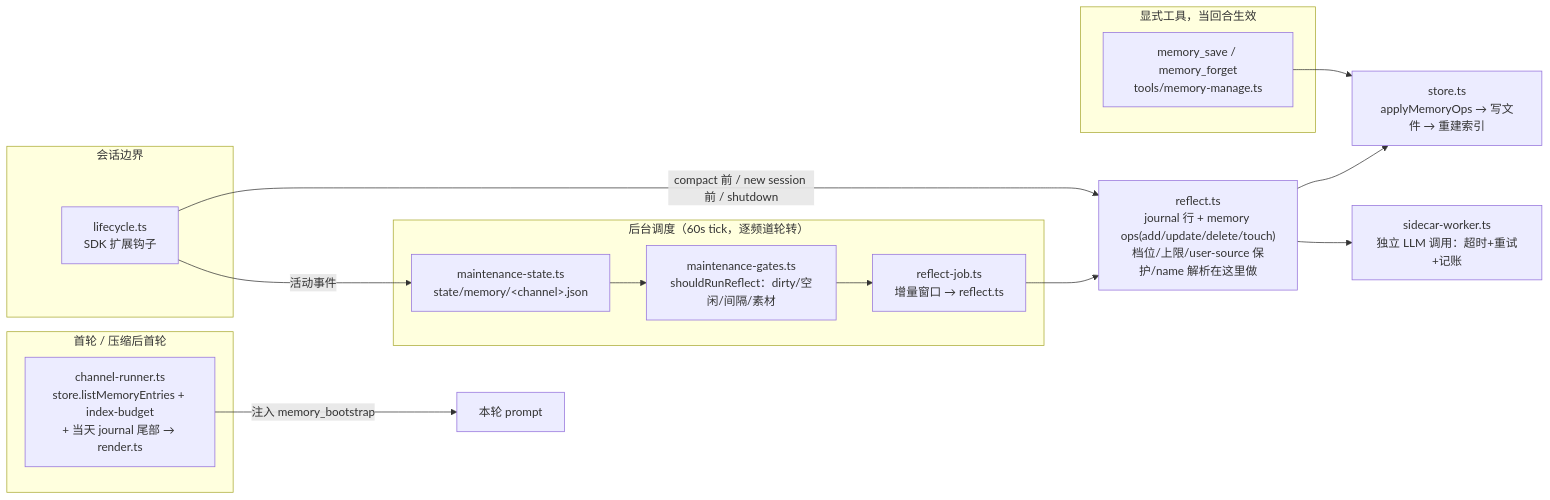
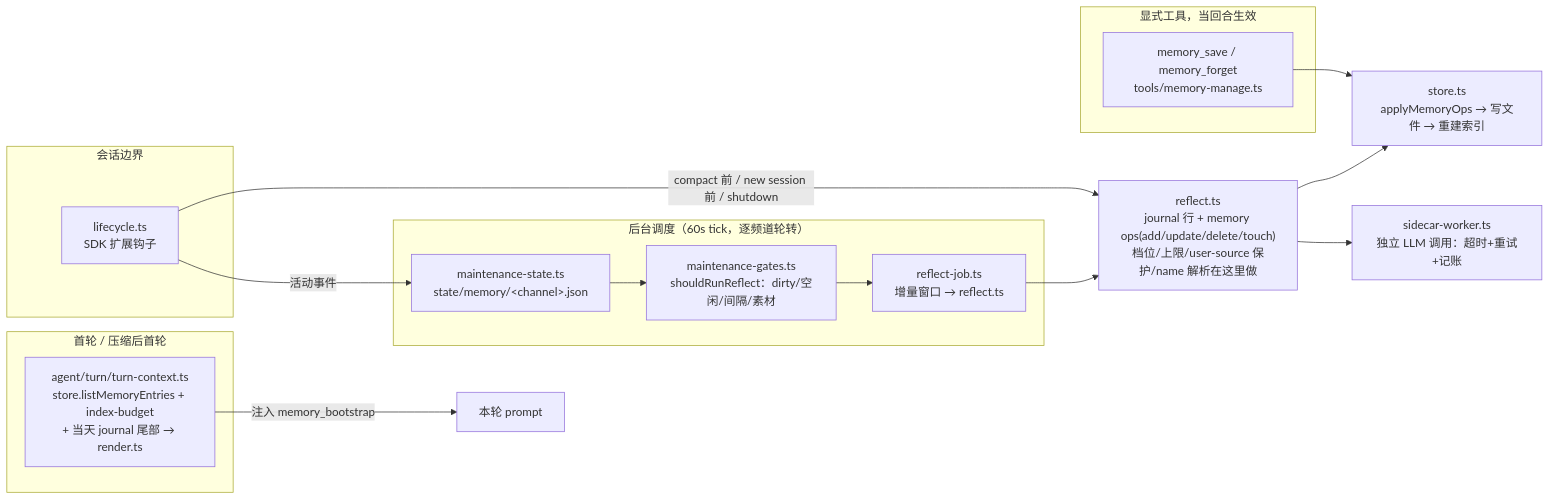
Before and after one commit to oyasmi/pipiclaw: the third of 4 diagrams in docs/architecture.md, drawn with Mermaid. The commit also changed other lines of this file and 32 other files, not shown here.

First line of the commit message:
docs: finish spec 054 P6 — module table, flows, source map, headers, changelog

````diff
--- a/docs/architecture.md
+++ b/docs/architecture.md
@@ -199,32 +206,32 @@
 ```mermaid
 flowchart LR
     subgraph turn [首轮 / 压缩后首轮]
-        BOOT["channel-runner.ts<br/>store.listMemoryEntries + index-budget<br/>+ 当天 journal 尾部 → render.ts"]
+        BOOT["agent/turn/turn-context.ts<br/>store.listMemoryEntries + index-budget<br/>+ 当天 journal 尾部 → render.ts"]
     end
 
     subgraph tools [显式工具，当回合生效]
         SAVE["memory_save / memory_forget<br/>tools/memory-manage.ts"]
     end
 
     subgraph boundary [会话边界]
         LC["lifecycle.ts<br/>SDK 扩展钩子"]
     end
 
     subgraph sched [后台调度（60s tick，逐频道轮转）]
         GATES["maintenance-gates.ts<br/>shouldRunReflect：dirty/空闲/间隔/素材"]
         JOB["reflect-job.ts<br/>增量窗口 → reflect.ts"]
         STATE["maintenance-state.ts<br/>state/memory/&lt;channel&gt;.json"]
     end
 
     REFLECT["reflect.ts<br/>journal 行 + memory ops(add/update/delete/touch)<br/>档位/上限/user-source 保护/name 解析在这里做"]
     STORE["store.ts<br/>applyMemoryOps → 写文件 → 重建索引"]
     SIDE["sidecar-worker.ts<br/>独立 LLM 调用：超时+重试+记账"]
 
     BOOT -->|注入 memory_bootstrap| PROMPT[本轮 prompt]
     SAVE --> STORE
     LC -->|compact 前 / new session 前 / shutdown| REFLECT
     GATES --> JOB --> REFLECT
     REFLECT --> STORE
     REFLECT --> SIDE
     LC -->|活动事件| STATE --> GATES
 ```
````
